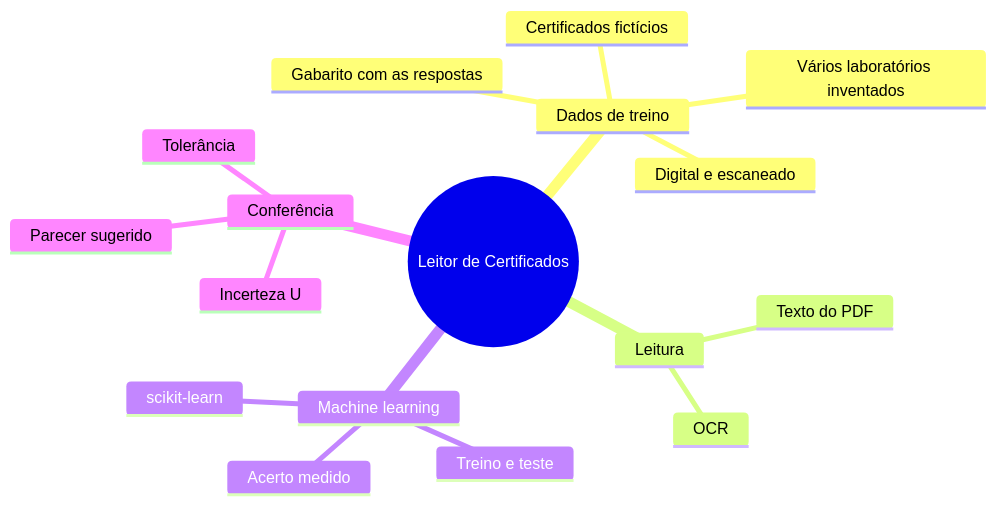
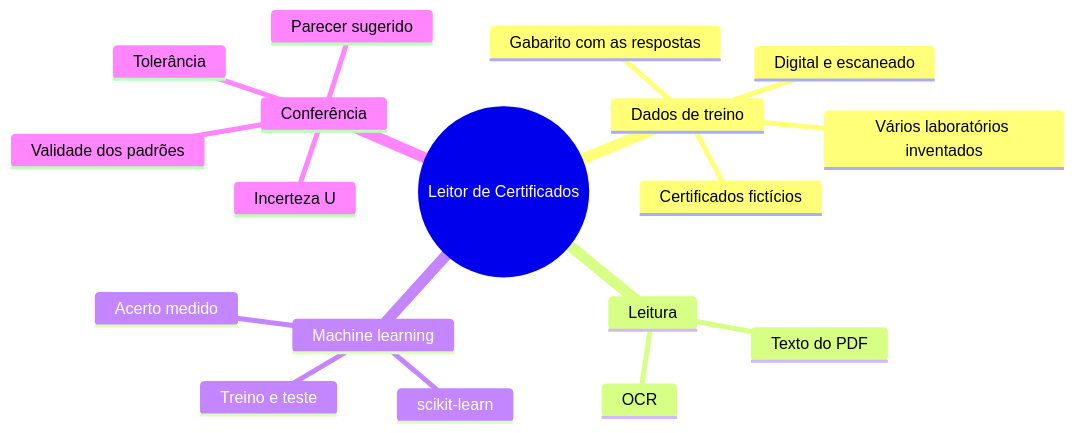
The first of 2 diagrams in README.md (jcesarmph-ui/LeitorCertificadosIA), drawn with Mermaid before and after one commit. The commit also changed other lines of this file and 1 other file, not shown here.

````diff
--- a/README.md
+++ b/README.md
@@ -64,20 +66,21 @@
 ```mermaid
 mindmap
   root((Leitor de Certificados))
     Dados de treino
       Certificados fictícios
       Vários laboratórios inventados
       Digital e escaneado
       Gabarito com as respostas
     Leitura
       Texto do PDF
       OCR
     Machine learning
       scikit-learn
       Treino e teste
       Acerto medido
     Conferência
       Tolerância
       Incerteza U
+      Validade dos padrões
       Parecer sugerido
 ```
````
